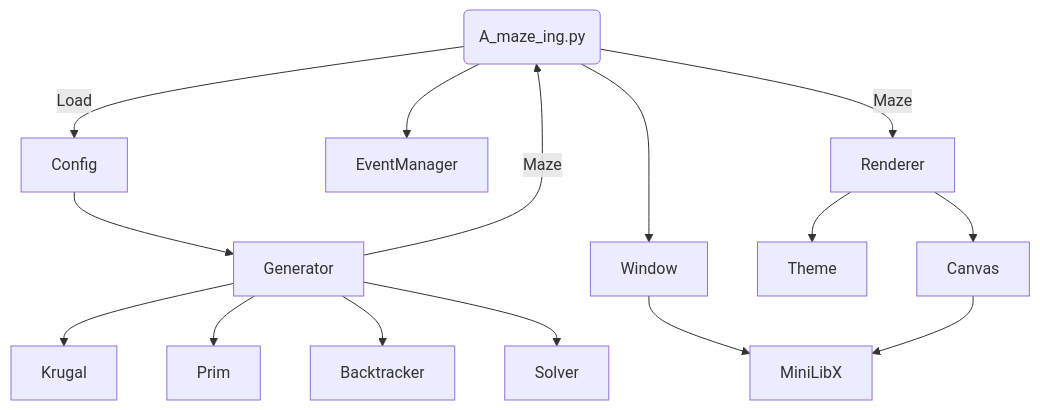
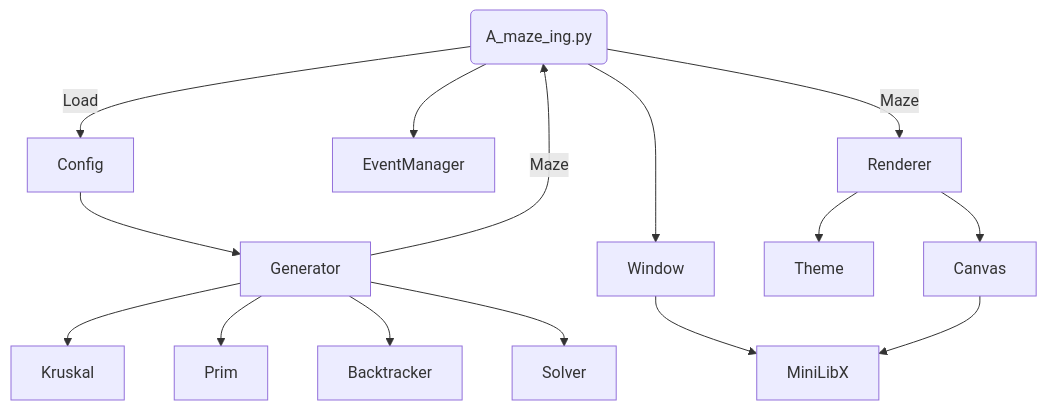
The diagram in README.md (eduardotrj/A-Maze-in), drawn with Mermaid before and after one commit. The commit also changed other lines of this file and 53 other files, not shown here.

````diff
--- a/README.md
+++ b/README.md
@@ -57,23 +85,23 @@
 ```mermaid
 ---
-title ft_printf Processing Flow
+title A-Maze-Ing Processing Flow
 ---
 graph TB;
     id1([A_maze_ing.py
     Main])--Load-->Config
     Config-->Generator
-    Generator-->Krugal
+    Generator-->Kruskal
     Generator-->Prim
     Generator-->Backtracker
     Generator-->Solver
     Generator--Maze-->id1([A_maze_ing.py
     Main])
 
     id1(A_maze_ing.py)-->Window
     Window-->MiniLibX
     id1(A_maze_ing.py)-->EventManager
     id1(A_maze_ing.py)--Maze-->Renderer
     Renderer-->Theme
     Renderer-->Canvas
     Canvas-->MiniLibX
 ```
````
